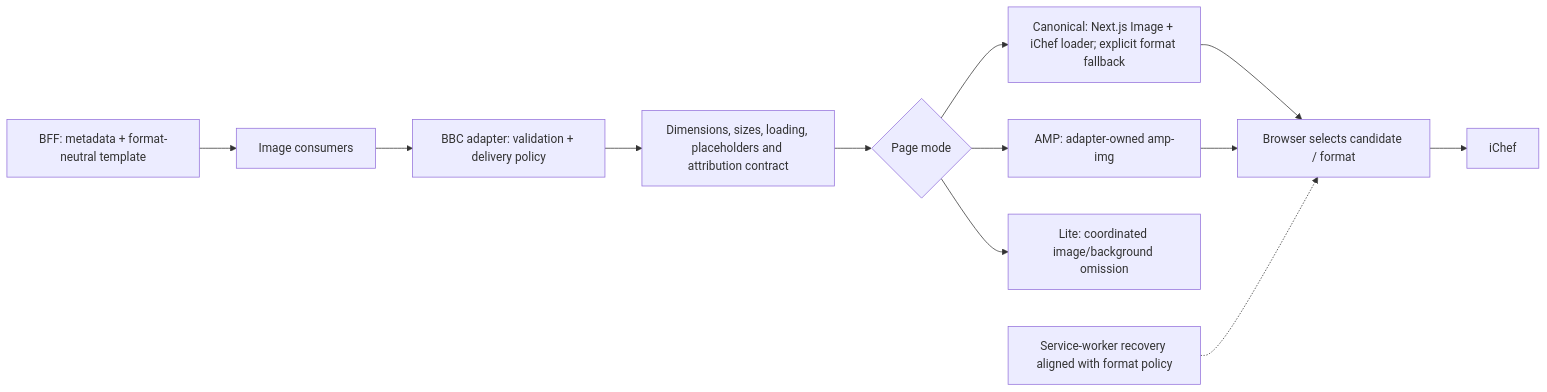
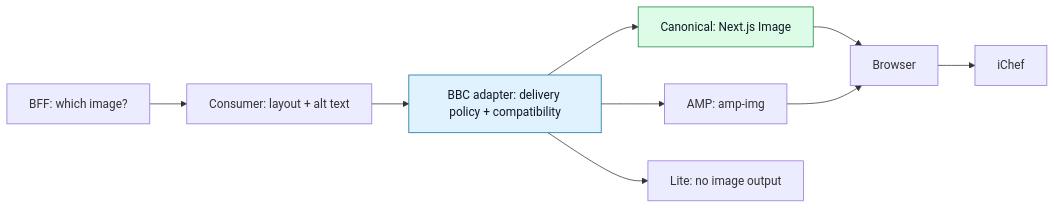
The sixth of 9 diagrams in ws-nextjs-app/Image-Platform-Presentation.md (bbc/simorgh), drawn with Mermaid before and after one commit. The commit also changed other lines of this file, not shown here.

````diff
--- a/ws-nextjs-app/Image-Platform-Presentation.md
+++ b/ws-nextjs-app/Image-Platform-Presentation.md
@@ -253,14 +121,13 @@
 ```mermaid
 flowchart LR
-    BFF["BFF: metadata + format-neutral template"] --> CON["Image consumers"]
-    CON --> POLICY["BBC adapter: validation + delivery policy"]
-    POLICY --> CONTRACT["Dimensions, sizes, loading, placeholders and attribution contract"]
-    CONTRACT --> MODE{"Page mode"}
-    MODE --> N["Canonical: Next.js Image + iChef loader; explicit format fallback"]
-    MODE --> A["AMP: adapter-owned amp-img"]
-    MODE --> L["Lite: coordinated image/background omission"]
-    N --> B["Browser selects candidate / format"]
-    A --> B
-    B --> I["iChef"]
-    SW["Service-worker recovery aligned with format policy"] -.-> B
+    B["BFF: which image?"] --> C["Consumer: layout + alt text"]
+    C --> A["BBC adapter: delivery policy + compatibility"]
+    A --> N["Canonical: Next.js Image"]
+    A --> M["AMP: amp-img"]
+    A --> L["Lite: no image output"]
+    N --> BR["Browser"]
+    M --> BR
+    BR --> I["iChef"]
+    style A fill:#e0f2fe,stroke:#0369a1,color:#111827
+    style N fill:#dcfce7,stroke:#15803d,color:#111827
 ```
````
